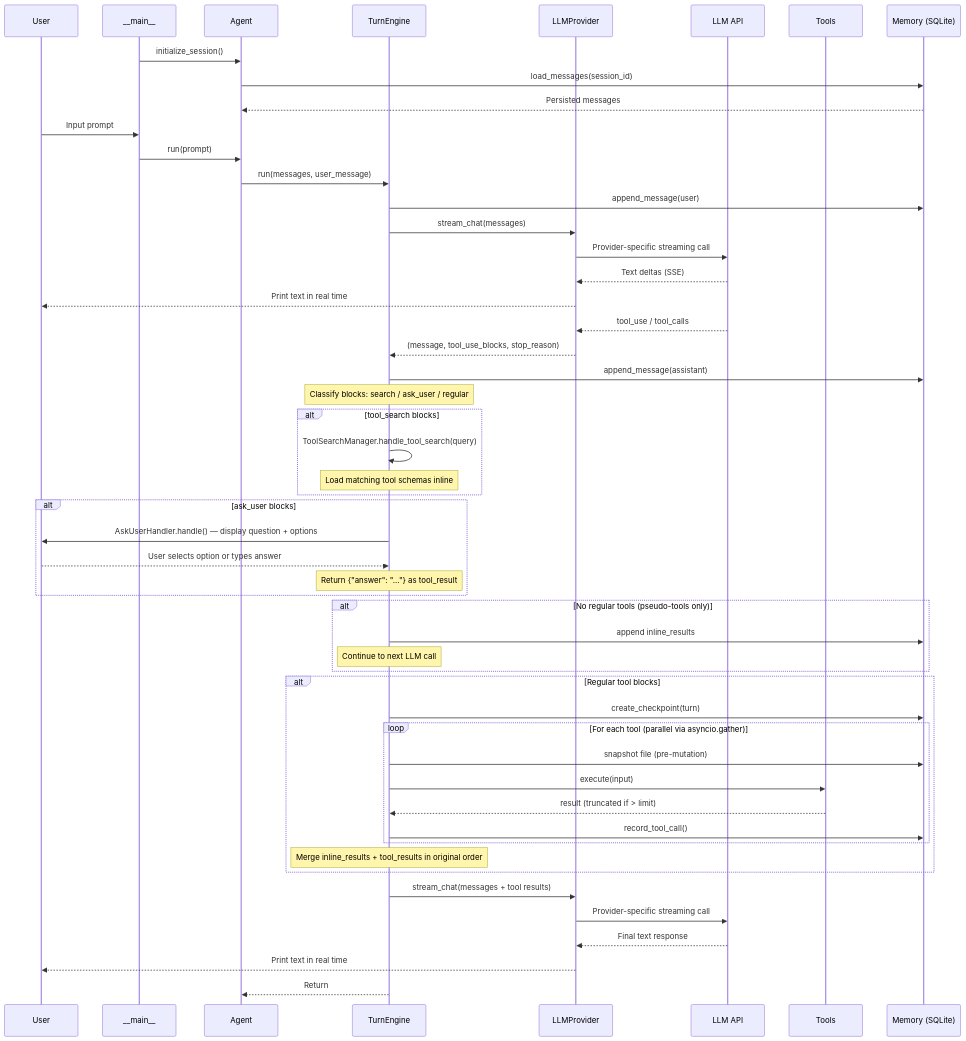
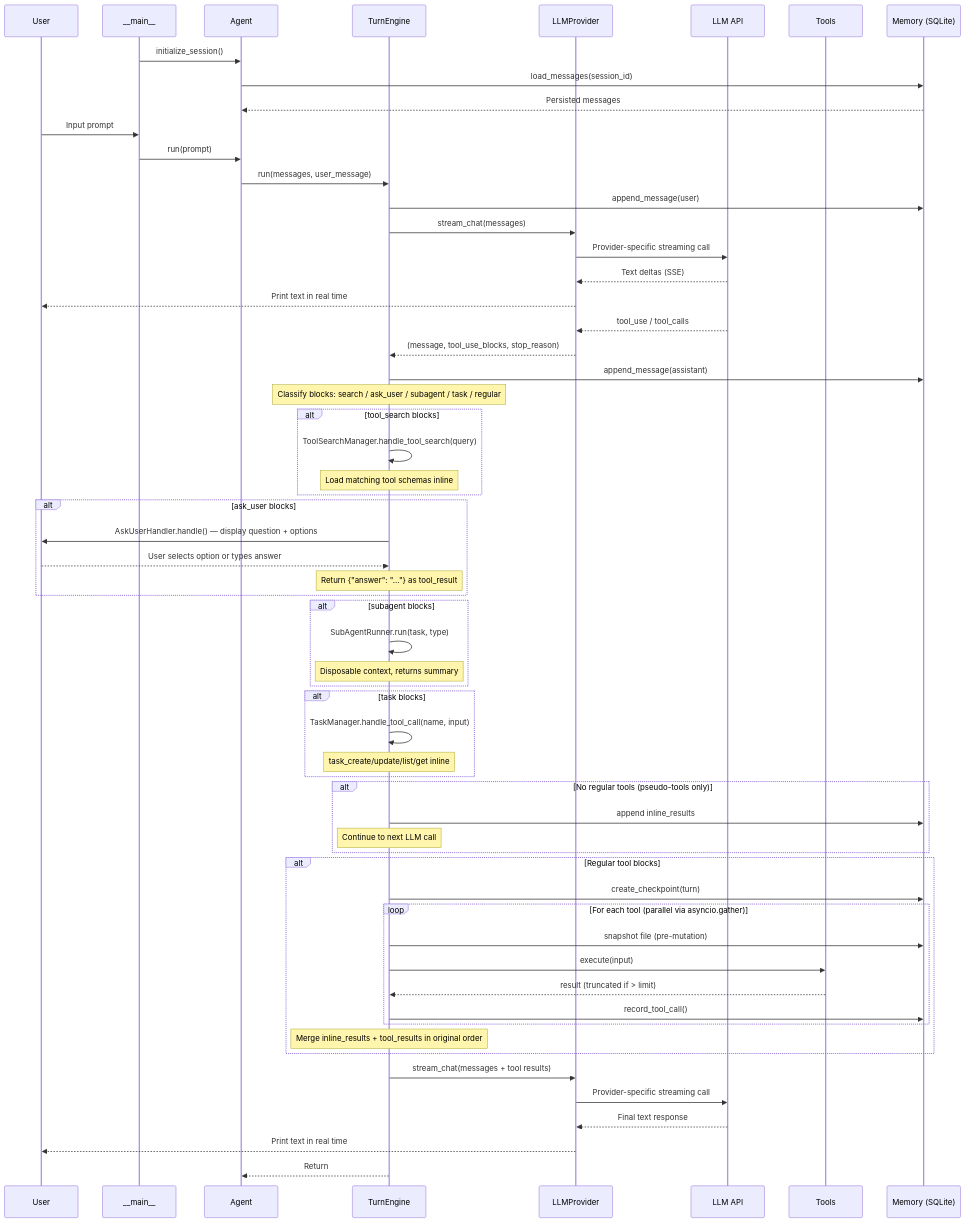
One commit to StephenDenisEdwards/micro-x-agent-loop-python changed the second of 2 diagrams in README.md. Above: the diagram before and after it, drawn with Mermaid. The commit also changed other lines of this file and 24 other files, not shown here.

````diff
--- a/README.md
+++ b/README.md
@@ -284,62 +309,72 @@
 ```mermaid
 sequenceDiagram
     participant U as User
     participant M as __main__
     participant A as Agent
     participant TE as TurnEngine
     participant P as LLMProvider
     participant API as LLM API
     participant T as Tools
     participant Mem as Memory (SQLite)
 
     M->>A: initialize_session()
     A->>Mem: load_messages(session_id)
     Mem-->>A: Persisted messages
 
     U->>M: Input prompt
     M->>A: run(prompt)
     A->>TE: run(messages, user_message)
     TE->>Mem: append_message(user)
     TE->>P: stream_chat(messages)
     P->>API: Provider-specific streaming call
     API-->>P: Text deltas (SSE)
     P-->>U: Print text in real time
     API-->>P: tool_use / tool_calls
     P-->>TE: (message, tool_use_blocks, stop_reason)
     TE->>Mem: append_message(assistant)
 
-    Note over TE: Classify blocks: search / ask_user / regular
+    Note over TE: Classify blocks: search / ask_user / subagent / task / regular
 
     alt tool_search blocks
         TE->>TE: ToolSearchManager.handle_tool_search(query)
         Note over TE: Load matching tool schemas inline
     end
 
     alt ask_user blocks
         TE->>U: AskUserHandler.handle() — display question + options
         U-->>TE: User selects option or types answer
         Note over TE: Return {"answer": "..."} as tool_result
+    end
+
+    alt subagent blocks
+        TE->>TE: SubAgentRunner.run(task, type)
+        Note over TE: Disposable context, returns summary
+    end
+
+    alt task blocks
+        TE->>TE: TaskManager.handle_tool_call(name, input)
+        Note over TE: task_create/update/list/get inline
     end
 
     alt No regular tools (pseudo-tools only)
         TE->>Mem: append inline_results
         Note over TE: Continue to next LLM call
     end
 
     alt Regular tool blocks
         TE->>Mem: create_checkpoint(turn)
         loop For each tool (parallel via asyncio.gather)
             TE->>Mem: snapshot file (pre-mutation)
             TE->>T: execute(input)
             T-->>TE: result (truncated if > limit)
             TE->>Mem: record_tool_call()
         end
         Note over TE: Merge inline_results + tool_results in original order
     end
 
     TE->>P: stream_chat(messages + tool results)
     P->>API: Provider-specific streaming call
     API-->>P: Final text response
     P-->>U: Print text in real time
     TE-->>A: Return
 ```
````
